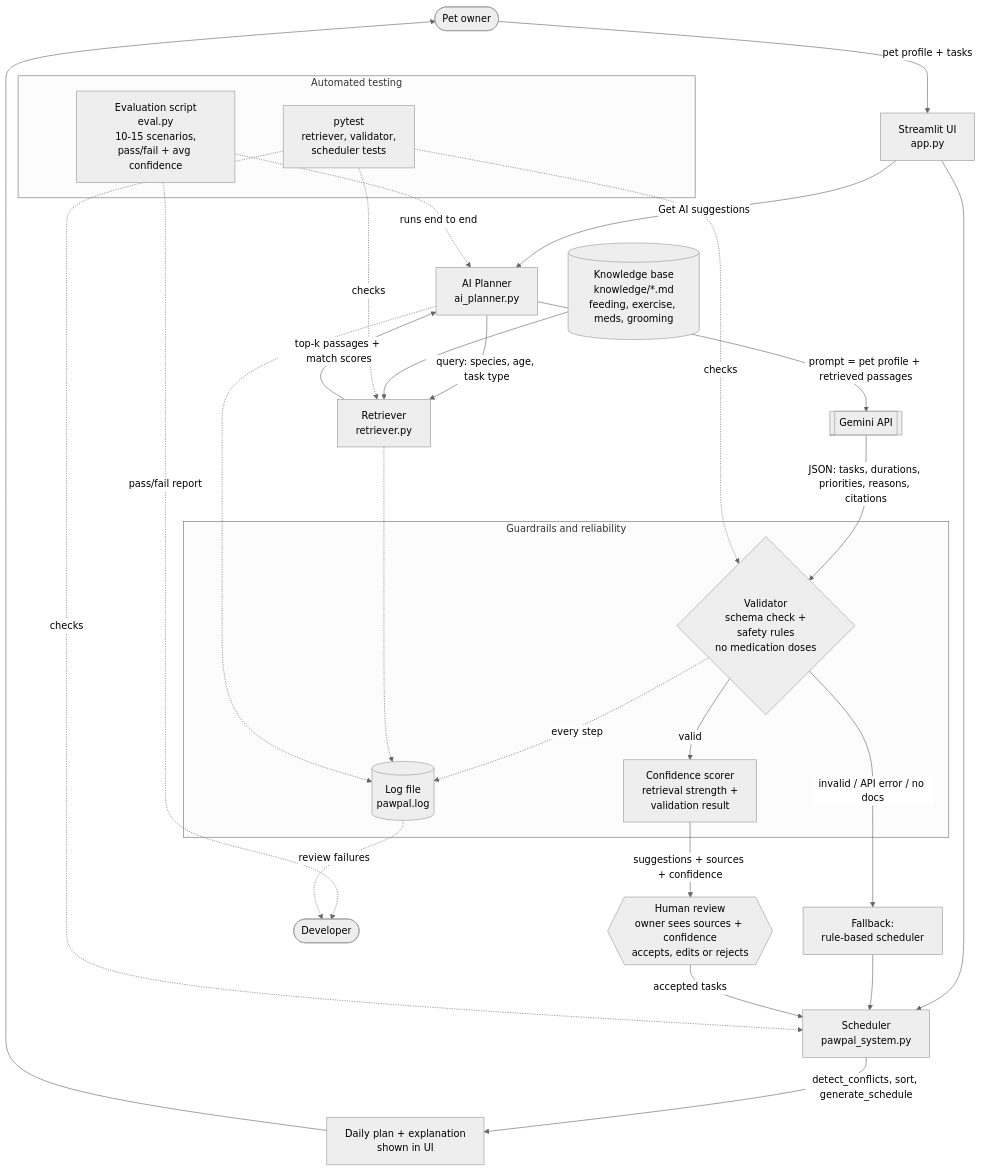
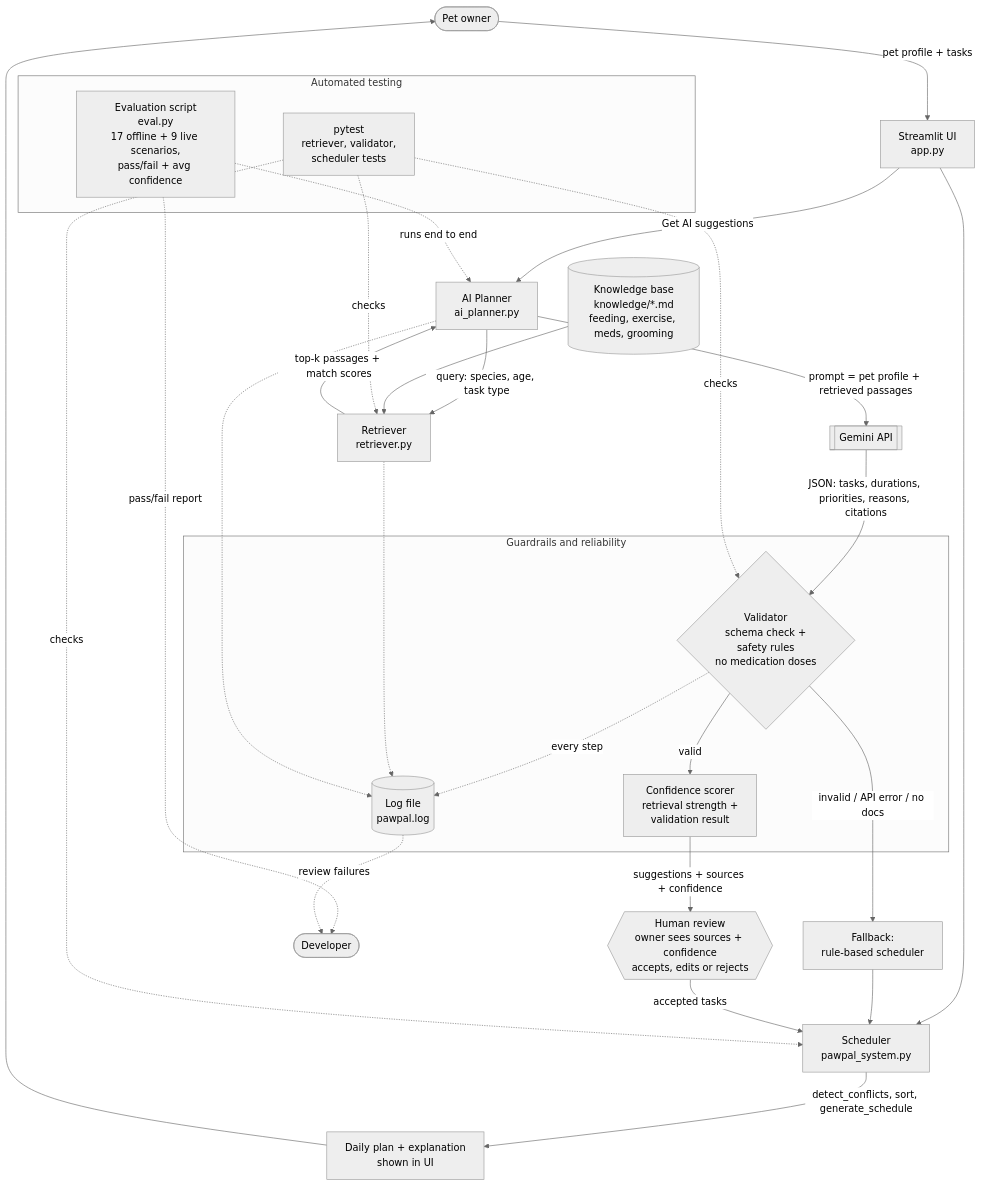
One commit to RuniJiang/applied-ai-system-project changed the diagram in diagrams/system_diagram.mmd. Above: the diagram before and after it, drawn with Mermaid (neutral theme).

Commit message:
Update diagram eval node to match 26 scenarios
The system diagram still said 10-15 scenarios for eval.py. The harness
now runs 17 offline and 9 live scenarios, so the label matches the
implementation and the README.

```diff
--- a/diagrams/system_diagram.mmd
+++ b/diagrams/system_diagram.mmd
@@ -1,47 +1,47 @@
 flowchart TD
     %% ---------- INPUT ----------
     U([Pet owner]) -->|pet profile + tasks| UI[Streamlit UI<br/>app.py]
     UI --> SCH[Scheduler<br/>pawpal_system.py]
 
     %% ---------- RAG PIPELINE ----------
     UI -->|"Get AI suggestions"| PLAN[AI Planner<br/>ai_planner.py]
     KB[(Knowledge base<br/>knowledge/*.md<br/>feeding, exercise, meds, grooming)]
     PLAN -->|query: species, age, task type| RET[Retriever<br/>retriever.py]
     KB --> RET
     RET -->|top-k passages + match scores| PLAN
     PLAN -->|prompt = pet profile + retrieved passages| LLM[[Gemini API]]
     LLM -->|JSON: tasks, durations, priorities, reasons, citations| GRD
 
     %% ---------- GUARDRAILS ----------
     subgraph GUARDS [Guardrails and reliability]
         GRD{Validator<br/>schema check +<br/>safety rules<br/>no medication doses}
         CONF[Confidence scorer<br/>retrieval strength +<br/>validation result]
         LOG[(Log file<br/>pawpal.log)]
     end
     GRD -->|valid| CONF
     GRD -->|invalid / API error / no docs| FALL[Fallback:<br/>rule-based scheduler]
     GRD -.->|every step| LOG
     RET -.-> LOG
     PLAN -.-> LOG
 
     %% ---------- OUTPUT ----------
     CONF -->|suggestions + sources + confidence| REVIEW
     FALL --> SCH
     SCH -->|detect_conflicts, sort, generate_schedule| OUT[Daily plan + explanation<br/>shown in UI]
 
     %% ---------- HUMAN CHECKPOINT ----------
     REVIEW{{Human review<br/>owner sees sources + confidence<br/>accepts, edits or rejects}}
     REVIEW -->|accepted tasks| SCH
     OUT --> U
 
     %% ---------- TESTING ----------
     subgraph TEST [Automated testing]
         PYT[pytest<br/>retriever, validator,<br/>scheduler tests]
-        EVAL[Evaluation script<br/>eval.py<br/>10-15 scenarios,<br/>pass/fail + avg confidence]
+        EVAL[Evaluation script<br/>eval.py<br/>17 offline + 9 live scenarios,<br/>pass/fail + avg confidence]
     end
     PYT -.->|checks| RET
     PYT -.->|checks| GRD
     PYT -.->|checks| SCH
     EVAL -.->|runs end to end| PLAN
     EVAL -.->|pass/fail report| DEV([Developer])
     LOG -.->|review failures| DEV
```
